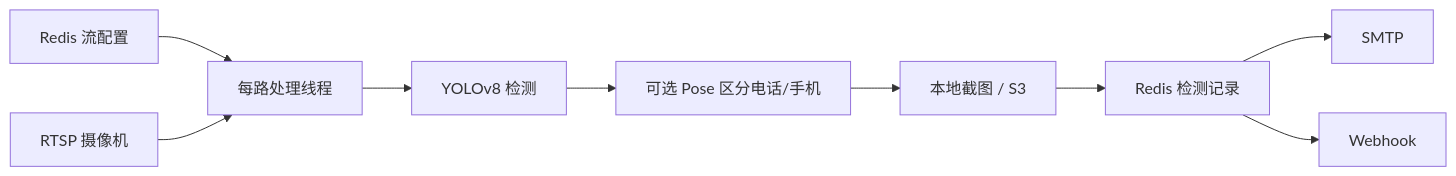
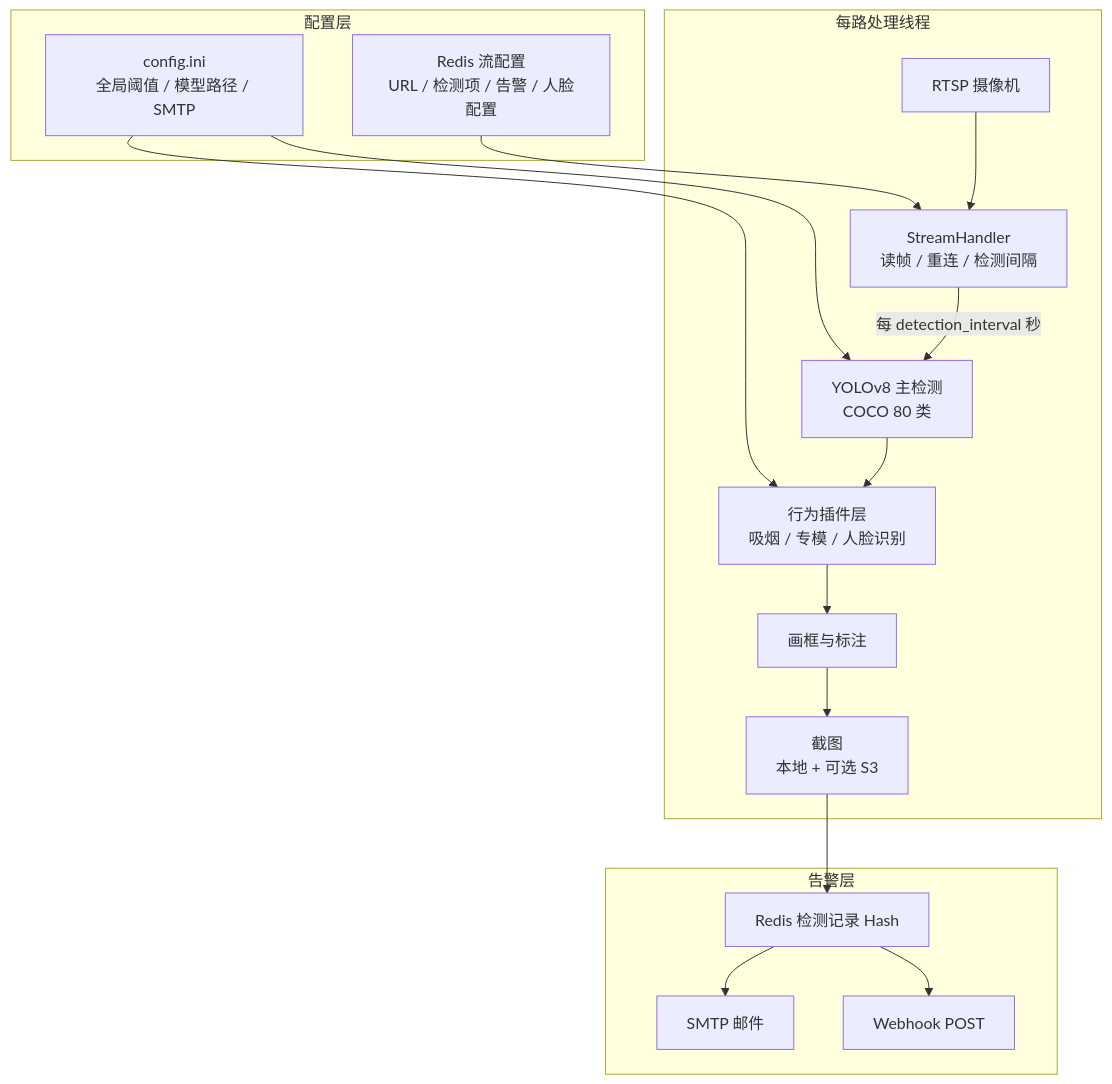
The diagram in README.md (jiaxu-wang/JXVisionAI), drawn with Mermaid before and after one commit. The commit also changed other lines of this file and 19 other files, not shown here.

First line of the commit message:
feat: 人脸识别（buffalo_l）与 Redis/MinIO 人脸库

````diff
--- a/README.md
+++ b/README.md
@@ -84,21 +59,34 @@
 ```mermaid
-flowchart LR
-  Redis_cfg[Redis 流配置]
-  RTSP[RTSP 摄像机]
-  Thread[每路处理线程]
-  YOLO[YOLOv8 检测]
-  Pose[可选 Pose 区分电话/手机]
-  Snap[本地截图 / S3]
-  Redis_rec[Redis 检测记录]
-  Mail[SMTP]
-  Hook[Webhook]
+flowchart TB
+  subgraph config [配置层]
+    Redis_cfg[Redis 流配置<br/>URL / 检测项 / 告警 / 人脸配置]
+    Ini[config.ini<br/>全局阈值 / 模型路径 / SMTP]
+  end
 
-  Redis_cfg --> Thread
-  RTSP --> Thread
-  Thread --> YOLO
-  YOLO --> Pose
-  Pose --> Snap
+  subgraph thread [每路处理线程]
+    RTSP[RTSP 摄像机]
+    SH[StreamHandler<br/>读帧 / 重连 / 检测间隔]
+    YOLO[YOLOv8 主检测<br/>COCO 80 类]
+    Behaviors[行为插件层<br/>吸烟 / 专模 / 人脸识别]
+    Draw[画框与标注]
+    Snap[截图<br/>本地 + 可选 S3]
+  end
+
+  subgraph alert [告警层]
+    Redis_rec[Redis 检测记录 Hash]
+    Mail[SMTP 邮件]
+    Hook[Webhook POST]
+  end
+
+  Redis_cfg --> SH
+  Ini --> YOLO
+  Ini --> Behaviors
+  RTSP --> SH
+  SH -->|每 detection_interval 秒| YOLO
+  YOLO --> Behaviors
+  Behaviors --> Draw
+  Draw --> Snap
   Snap --> Redis_rec
   Redis_rec --> Mail
   Redis_rec --> Hook
 ```
````
